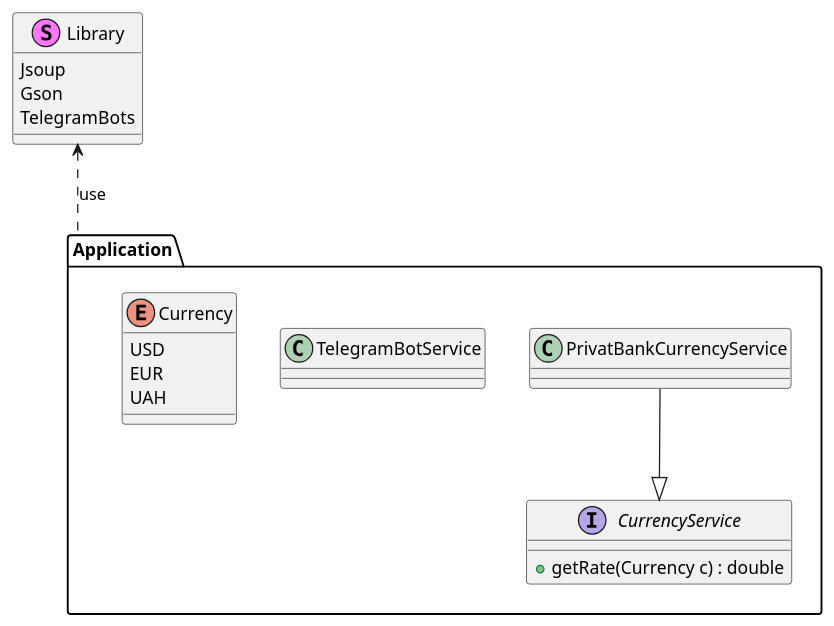
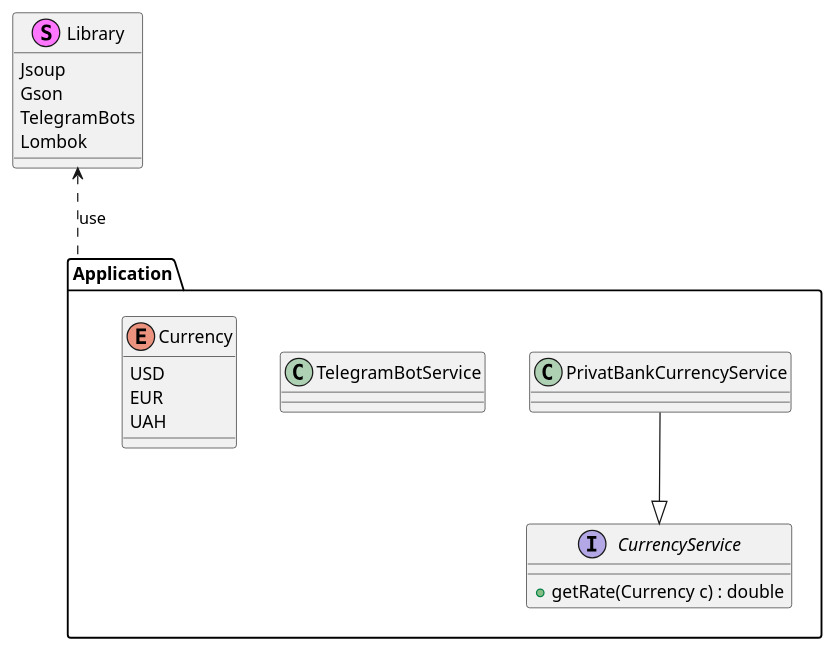
One commit to wwVitaliy/CurrencyRateTelegramBot changed the diagram in src/main/java/AppScheme.puml. Above: the diagram before and after it, drawn with PlantUML. The commit also changed 6 other files, not shown here.

```diff
--- a/src/main/java/AppScheme.puml
+++ b/src/main/java/AppScheme.puml
@@ -1,31 +1,32 @@
 @startuml
 
 stereotype "Library"{
     Jsoup
     Gson
     TelegramBots
+    Lombok
 }
 
 "Library" <.. "Application" : use
 
 package "Application"{
 
     interface CurrencyService{
         + getRate(Currency c) : double
     }
 
     class PrivatBankCurrencyService
 
     class TelegramBotService
 
     enum Currency{
         USD
         EUR
         UAH
     }
 
     PrivatBankCurrencyService --|> CurrencyService
 
 }
 
 @enduml
```
